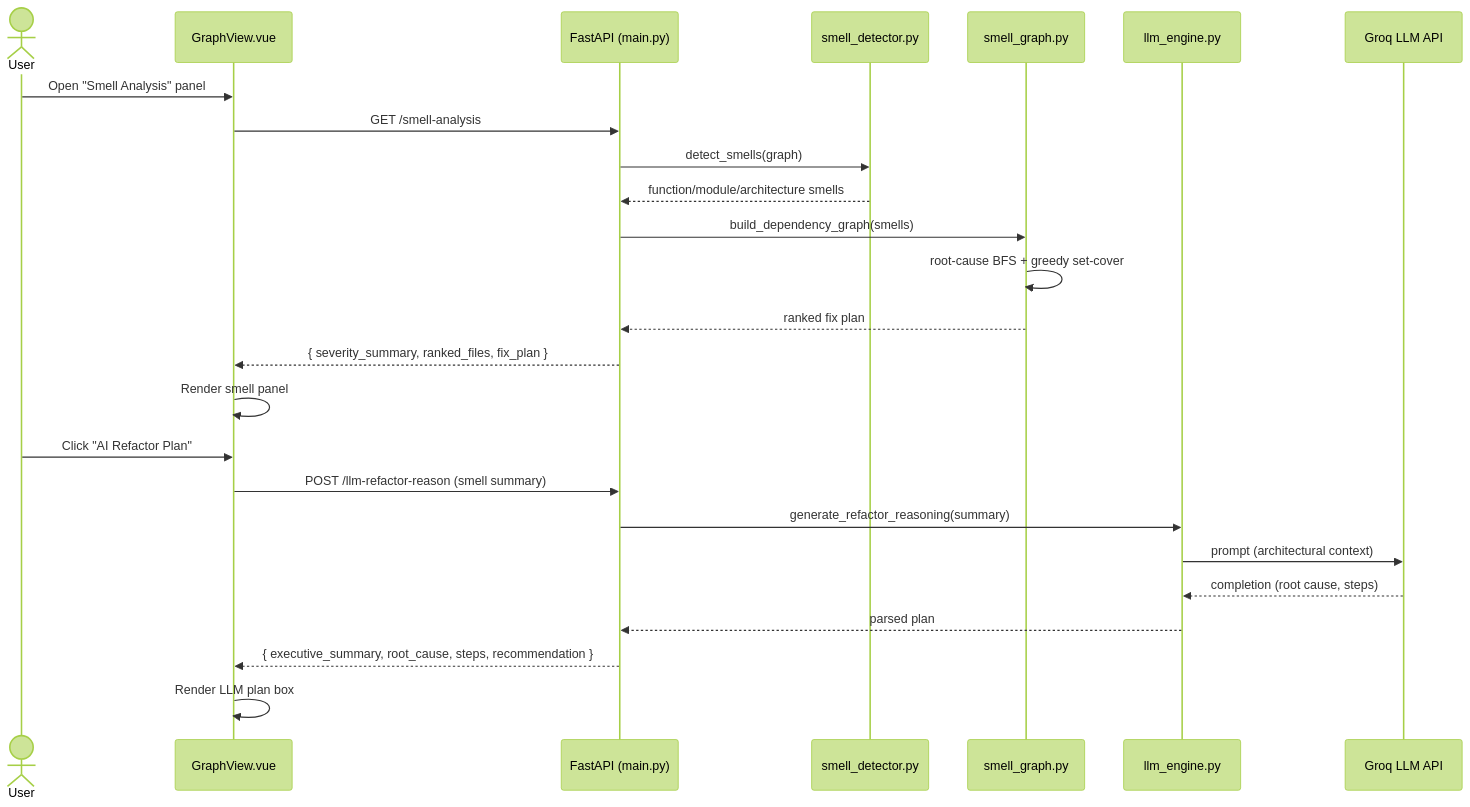
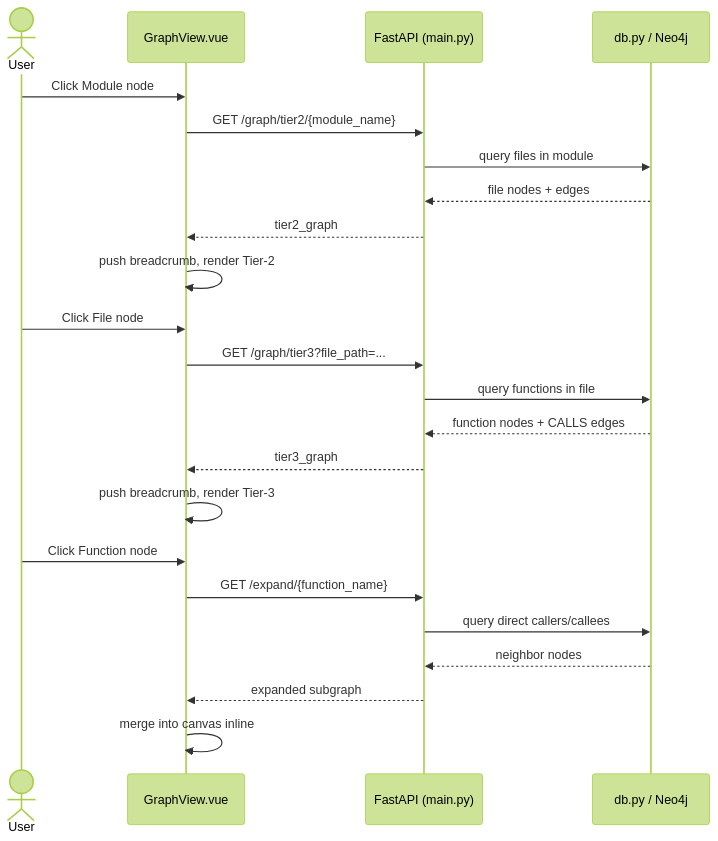
The diagram in srs_diagrams/diagram_09.mmd (farjanasarker/Code_Base_Visualisation), drawn with Mermaid (forest theme) before and after one commit. The commit also changed 18 other files, not shown here.

```diff
--- a/srs_diagrams/diagram_09.mmd
+++ b/srs_diagrams/diagram_09.mmd
@@ -1,27 +1,26 @@
 sequenceDiagram
     actor U as User
     participant FE as GraphView.vue
     participant API as FastAPI (main.py)
-    participant SD as smell_detector.py
-    participant SG as smell_graph.py
-    participant LE as llm_engine.py
-    participant GROQ as Groq LLM API
+    participant DB as db.py / Neo4j
 
-    U->>FE: Open "Smell Analysis" panel
-    FE->>API: GET /smell-analysis
-    API->>SD: detect_smells(graph)
-    SD-->>API: function/module/architecture smells
-    API->>SG: build_dependency_graph(smells)
-    SG->>SG: root-cause BFS + greedy set-cover
-    SG-->>API: ranked fix plan
-    API-->>FE: { severity_summary, ranked_files, fix_plan }
-    FE->>FE: Render smell panel
+    U->>FE: Click Module node
+    FE->>API: GET /graph/tier2/{module_name}
+    API->>DB: query files in module
+    DB-->>API: file nodes + edges
+    API-->>FE: tier2_graph
+    FE->>FE: push breadcrumb, render Tier-2
 
-    U->>FE: Click "AI Refactor Plan"
-    FE->>API: POST /llm-refactor-reason (smell summary)
-    API->>LE: generate_refactor_reasoning(summary)
-    LE->>GROQ: prompt (architectural context)
-    GROQ-->>LE: completion (root cause, steps)
-    LE-->>API: parsed plan
-    API-->>FE: { executive_summary, root_cause, steps, recommendation }
-    FE->>FE: Render LLM plan box
+    U->>FE: Click File node
+    FE->>API: GET /graph/tier3?file_path=...
+    API->>DB: query functions in file
+    DB-->>API: function nodes + CALLS edges
+    API-->>FE: tier3_graph
+    FE->>FE: push breadcrumb, render Tier-3
+
+    U->>FE: Click Function node
+    FE->>API: GET /expand/{function_name}
+    API->>DB: query direct callers/callees
+    DB-->>API: neighbor nodes
+    API-->>FE: expanded subgraph
+    FE->>FE: merge into canvas inline
```
